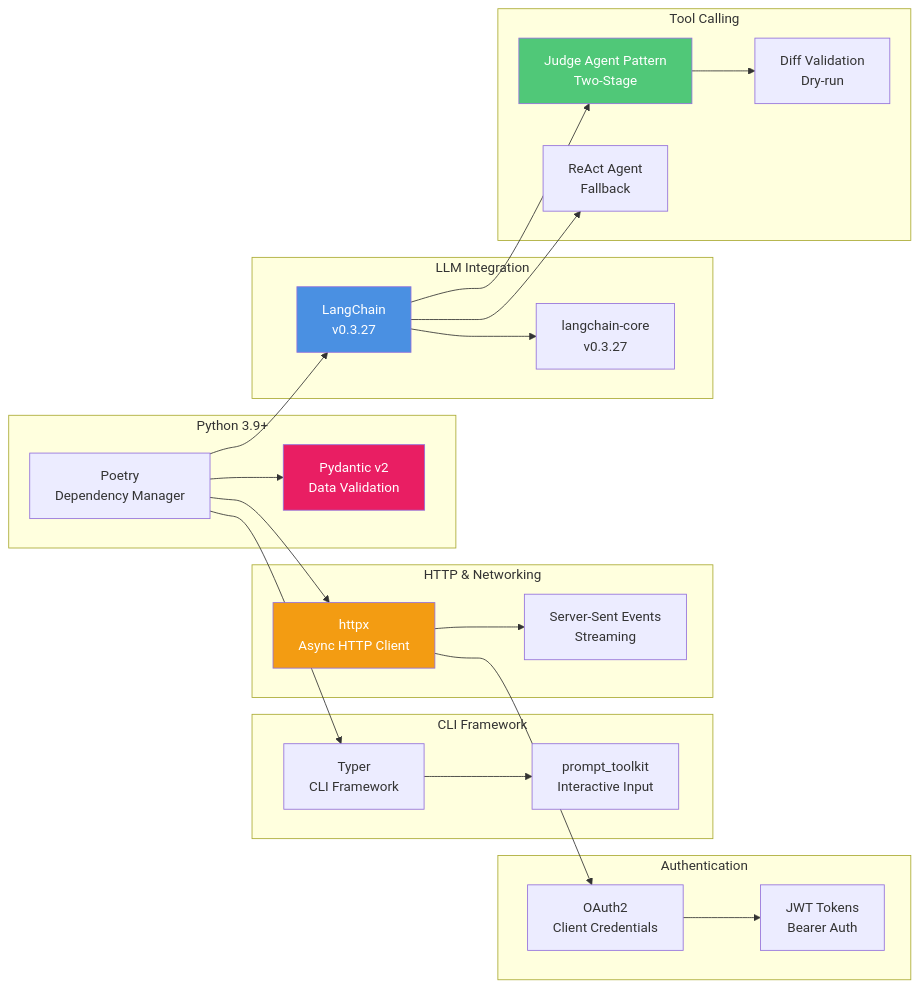
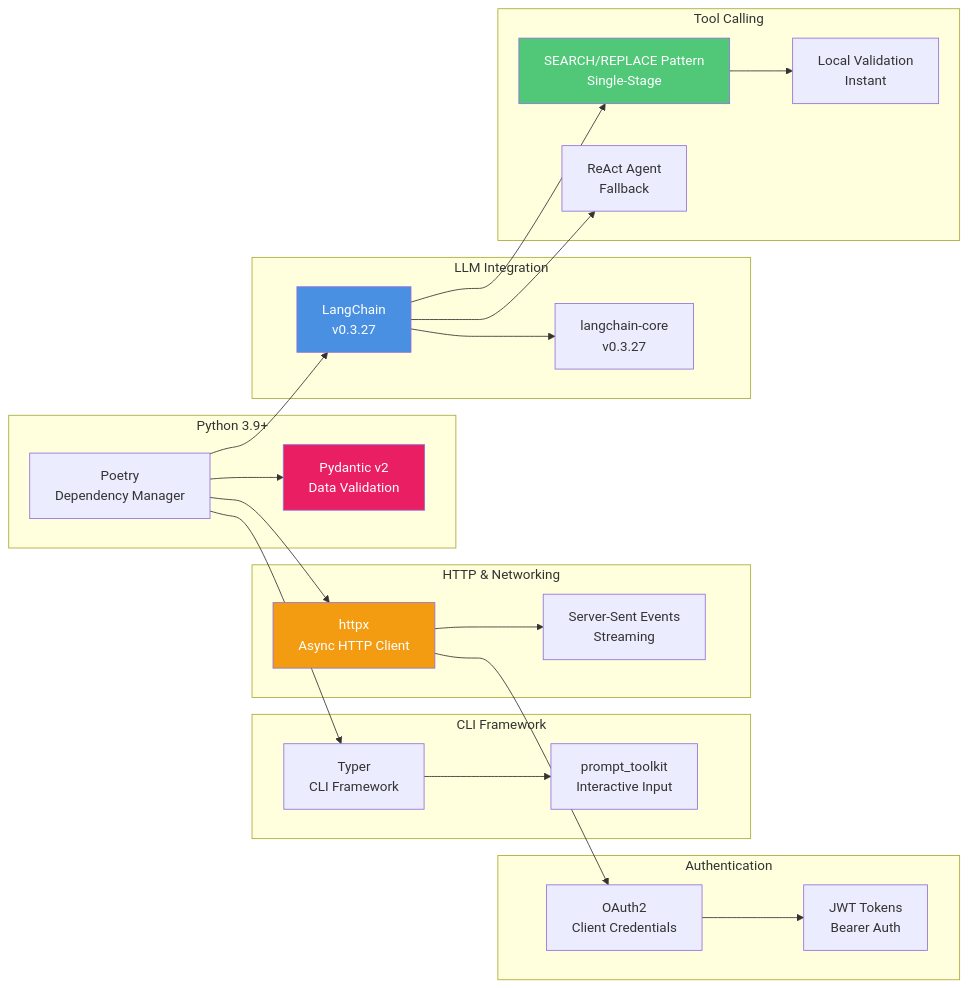
The seventh of 8 diagrams in ARCHITECTURE.md (evellyncosta/buddyctl-cli), drawn with Mermaid before and after one commit. The commit also changed other lines of this file and 11 other files, not shown here.

Commit message:
change diff to search and replace pattern

````diff
--- a/ARCHITECTURE.md
+++ b/ARCHITECTURE.md
@@ -325,54 +325,54 @@
 ```mermaid
 graph LR
     subgraph "Python 3.9+"
         Poetry[Poetry<br/>Dependency Manager]
         Pydantic[Pydantic v2<br/>Data Validation]
     end
 
     subgraph "CLI Framework"
         Typer[Typer<br/>CLI Framework]
         PromptToolkit[prompt_toolkit<br/>Interactive Input]
     end
 
     subgraph "HTTP & Networking"
         HTTPX[httpx<br/>Async HTTP Client]
         SSE[Server-Sent Events<br/>Streaming]
     end
 
     subgraph "LLM Integration"
         LangChain[LangChain<br/>v0.3.27]
         LangChainCore[langchain-core<br/>v0.3.27]
     end
 
     subgraph "Authentication"
         OAuth2[OAuth2<br/>Client Credentials]
         JWT[JWT Tokens<br/>Bearer Auth]
     end
 
     subgraph "Tool Calling"
-        JudgeAgent[Judge Agent Pattern<br/>Two-Stage]
+        SearchReplace[SEARCH/REPLACE Pattern<br/>Single-Stage]
+        LocalValidation[Local Validation<br/>Instant]
         ReActAgent[ReAct Agent<br/>Fallback]
-        DiffValidation[Diff Validation<br/>Dry-run]
     end
 
     Poetry --> Typer
     Poetry --> HTTPX
     Poetry --> LangChain
     Poetry --> Pydantic
 
     Typer --> PromptToolkit
     HTTPX --> SSE
     HTTPX --> OAuth2
     OAuth2 --> JWT
 
     LangChain --> LangChainCore
-    LangChain --> JudgeAgent
+    LangChain --> SearchReplace
     LangChain --> ReActAgent
 
-    JudgeAgent --> DiffValidation
+    SearchReplace --> LocalValidation
 
     style LangChain fill:#4A90E2,color:#fff
     style HTTPX fill:#F39C12,color:#fff
     style Pydantic fill:#E91E63,color:#fff
-    style JudgeAgent fill:#50C878,color:#fff
+    style SearchReplace fill:#50C878,color:#fff
 ```
````
